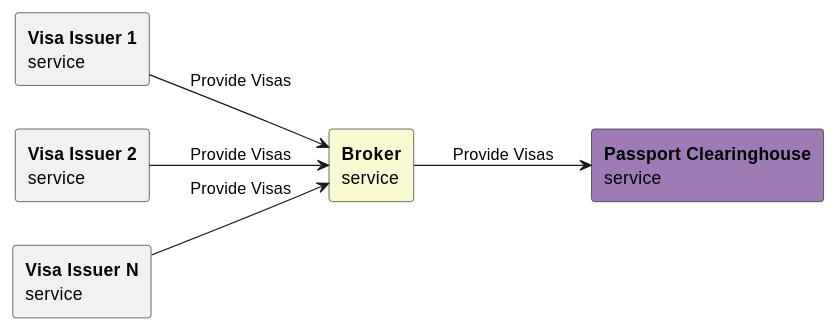
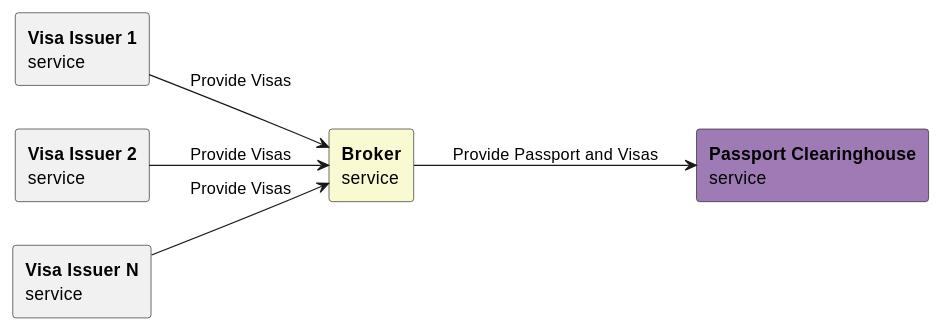
One commit to ga4gh/data-security changed the diagram in AAI/README.md. Above: the diagram before and after it, drawn with PlantUML.

Commit message:
Update intro diagram label for better accuracy between Broker and Clearinghouse

```diff
--- a/AAI/README.md
+++ b/AAI/README.md
@@ -89,17 +89,17 @@
 @startuml
 skinparam componentStyle rectangle
 left to right direction
 
 component "<b>Visa Issuer 1</b>\nservice" as Issuer1
 component "<b>Visa Issuer 2</b>\nservice" as Issuer2
 component "<b>Visa Issuer N</b>\nservice" as IssuerN
 
 component "<b>Broker</b>\nservice" as Broker #FAFAD2
 component "<b>Passport Clearinghouse</b>\nservice" as ClearingHouse #9E7BB5
 
 Issuer1 --> Broker : Provide Visas
 Issuer2 --> Broker : Provide Visas
 IssuerN --> Broker : Provide Visas
-Broker --> ClearingHouse : Provide Visas
+Broker --> ClearingHouse : Provide Passport and Visas
 
 @enduml
```
